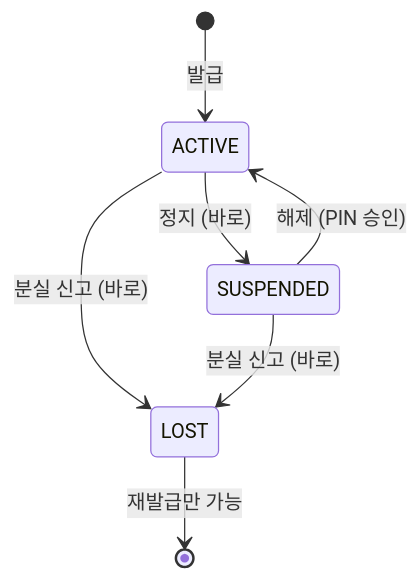
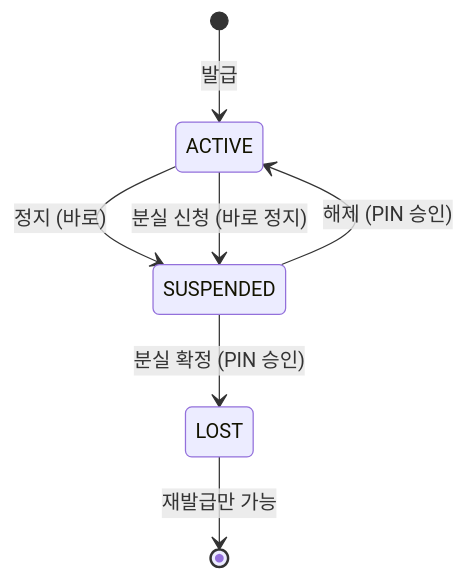
The diagram in docs/guides/06-cards.md (noviz-domino/avengers-bank-noviz), drawn with Mermaid before and after one commit. The commit also changed other lines of this file and 30 other files, not shown here.

````diff
--- a/docs/guides/06-cards.md
+++ b/docs/guides/06-cards.md
@@ -35,9 +37,9 @@
 ```mermaid
 stateDiagram-v2
     [*] --> ACTIVE: 발급
     ACTIVE --> SUSPENDED: 정지 (바로)
     SUSPENDED --> ACTIVE: 해제 (PIN 승인)
-    ACTIVE --> LOST: 분실 신고 (바로)
-    SUSPENDED --> LOST: 분실 신고 (바로)
+    ACTIVE --> SUSPENDED: 분실 신청 (바로 정지)
+    SUSPENDED --> LOST: 분실 확정 (PIN 승인)
     LOST --> [*]: 재발급만 가능
 ```
````
